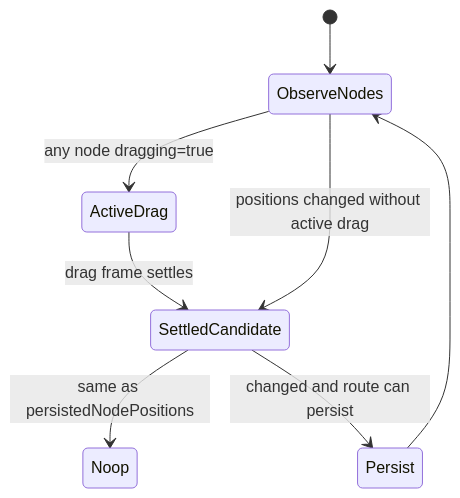
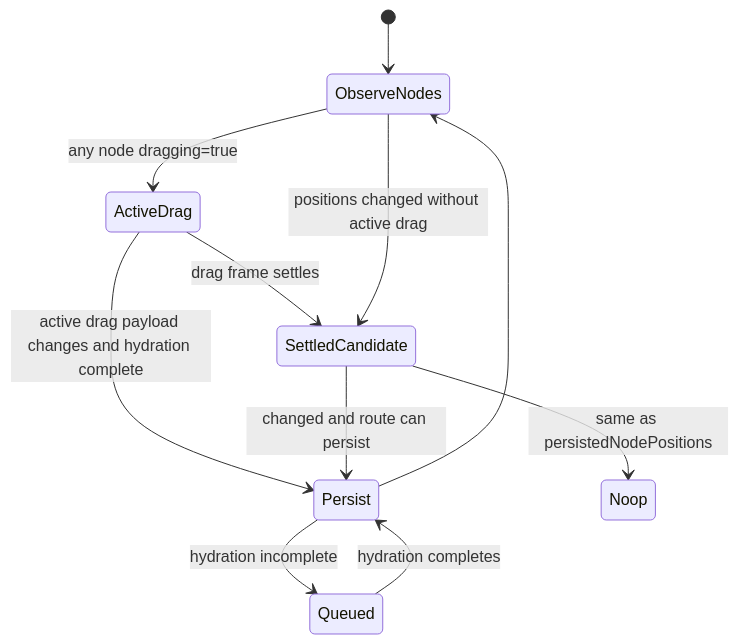
Before and after one commit to dunay2/dvt: the second of 3 diagrams in docs/architecture/components/web/graph/canvas-layout-persistence-component.md, drawn with Mermaid. The commit also changed other lines of this file and 47 other files, not shown here.

````diff
--- a/docs/architecture/components/web/graph/canvas-layout-persistence-component.md
+++ b/docs/architecture/components/web/graph/canvas-layout-persistence-component.md
@@ -73,10 +81,13 @@
 ```mermaid
 stateDiagram-v2
   [*] --> ObserveNodes
   ObserveNodes --> ActiveDrag: any node dragging=true
+  ActiveDrag --> Persist: active drag payload changes and hydration complete
   ActiveDrag --> SettledCandidate: drag frame settles
   ObserveNodes --> SettledCandidate: positions changed without active drag
   SettledCandidate --> Noop: same as persistedNodePositions
   SettledCandidate --> Persist: changed and route can persist
+  Persist --> Queued: hydration incomplete
+  Queued --> Persist: hydration completes
   Persist --> ObserveNodes
 ```
````
